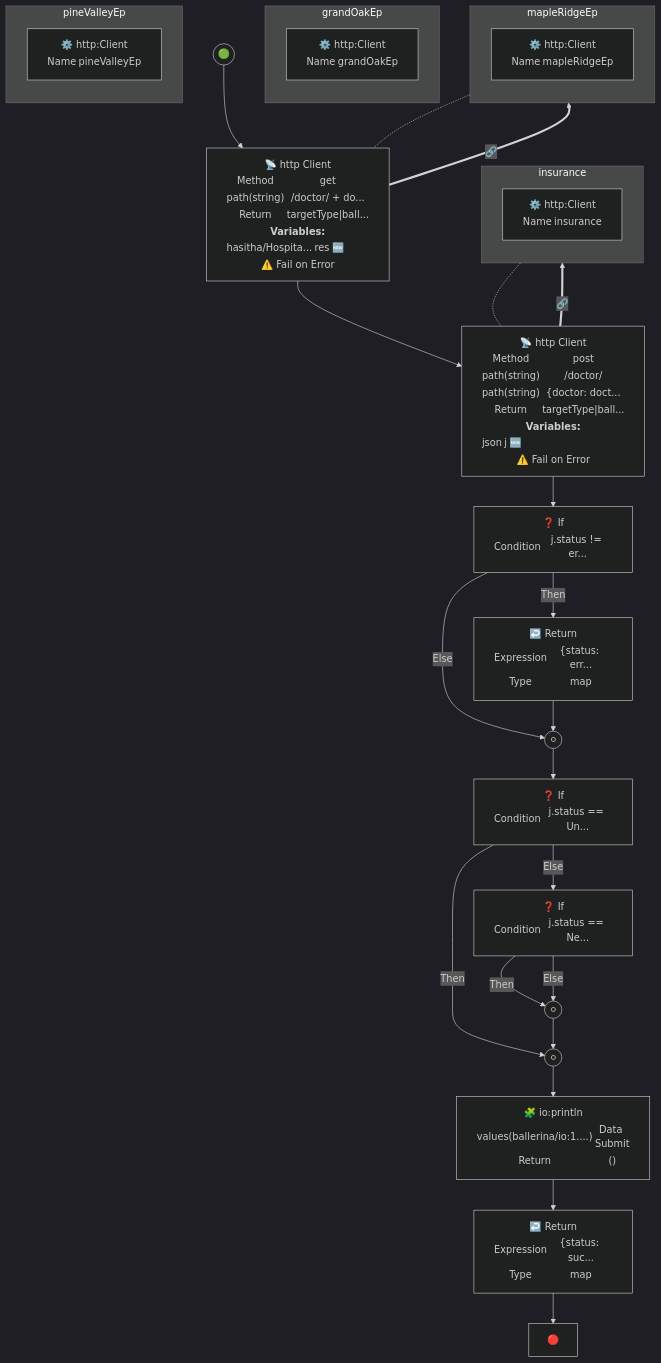
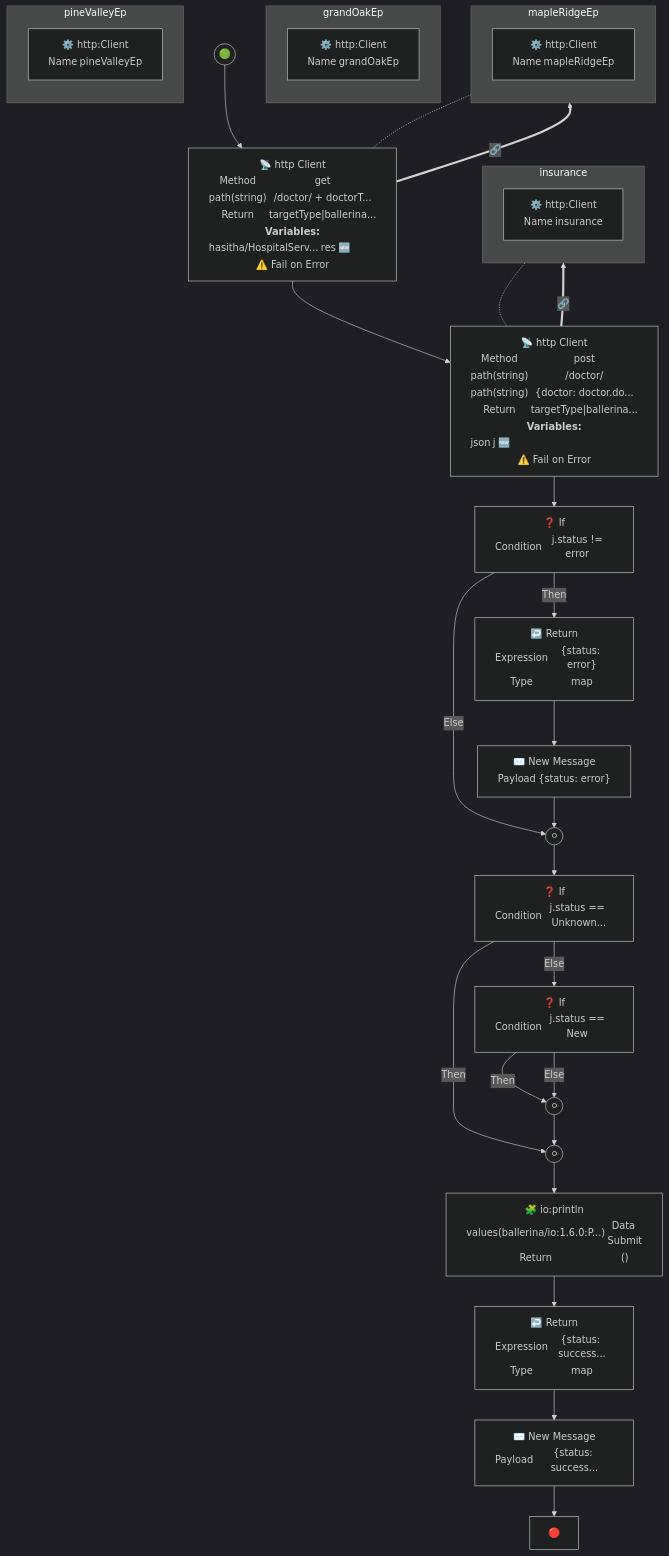
One commit to hasithaa/Diagram changed the second of 2 diagrams in Examples/HospitalService/diagrams/post .md. Above: the diagram before and after it, drawn with Mermaid (dark theme). The commit also changed other lines of this file and 3 other files, not shown here.

````diff
--- a/Examples/HospitalService/diagrams/post .md
+++ b/Examples/HospitalService/diagrams/post .md
@@ -43,68 +48,76 @@
 ```mermaid
 flowchart TB
   START0(("🟢"))
   NETWORK_CALL1["📡 http Client
-<table><tr><td>Method</td><td>get</td></tr><tr><td>path(string)</td><td>/doctor/ + do...</td></tr><tr><td>Return</td><td>targetType|ball...</td></tr></table><strong>Variables:</strong><table><tr><td>hasitha/Hospita...</td><td>res</td><td>🆕</td></tr></table><p>⚠️ Fail on Error</p>"]
+<table><tr><td>Method</td><td>get</td></tr><tr><td>path(string)</td><td>/doctor/ + doctorT...</td></tr><tr><td>Return</td><td>targetType|ballerina...</td></tr></table><strong>Variables:</strong><table><tr><td>hasitha/HospitalServ...</td><td>res</td><td>🆕</td></tr></table><p>⚠️ Fail on Error</p>"]
   NETWORK_CALL2["📡 http Client
-<table><tr><td>Method</td><td>post</td></tr><tr><td>path(string)</td><td>/doctor/</td></tr><tr><td>path(string)</td><td>{doctor: doct...</td></tr><tr><td>Return</td><td>targetType|ball...</td></tr></table><strong>Variables:</strong><table><tr><td>json</td><td>j</td><td>🆕</td></tr></table><p>⚠️ Fail on Error</p>"]
+<table><tr><td>Method</td><td>post</td></tr><tr><td>path(string)</td><td>/doctor/</td></tr><tr><td>path(string)</td><td>{doctor: doctor.do...</td></tr><tr><td>Return</td><td>targetType|ballerina...</td></tr></table><strong>Variables:</strong><table><tr><td>json</td><td>j</td><td>🆕</td></tr></table><p>⚠️ Fail on Error</p>"]
   SWITCH3["❓ If
-<table><tr><td>Condition</td><td>j.status != er...</td></tr></table>"]
+<table><tr><td>Condition</td><td>j.status != error </td></tr></table>"]
   RETURN5["↩️ Return
-<table><tr><td>Expression</td><td>{status: err...</td></tr><tr><td>Type</td><td>map<json></td></tr></table>"]
+<table><tr><td>Expression</td><td>{status: error}</td></tr><tr><td>Type</td><td>map<json></td></tr></table>"]
+  NEW_PAYLOAD6["✉️ New Message
+<table><tr><td>Payload</td><td>{status: error}</td></tr></table>"]
   SWITCH_MERGE4(("⚪"))
   RETURN5["↩️ Return
-<table><tr><td>Expression</td><td>{status: err...</td></tr><tr><td>Type</td><td>map<json></td></tr></table>"]
-  SWITCH6["❓ If
-<table><tr><td>Condition</td><td>j.status == Un...</td></tr></table>"]
-  SWITCH8["❓ If
-<table><tr><td>Condition</td><td>j.status == Ne...</td></tr></table>"]
-  SWITCH_MERGE9(("⚪"))
-  SWITCH_MERGE7(("⚪"))
-  SWITCH8["❓ If
-<table><tr><td>Condition</td><td>j.status == Ne...</td></tr></table>"]
-  SWITCH_MERGE9(("⚪"))
-  LIBRARY_CALL10["🧩 io:println
-<table><tr><td>values(ballerina/io:1....)</td><td>Data Submit</td></tr><tr><td>Return</td><td>()</td></tr></table>"]
-  RETURN11["↩️ Return
-<table><tr><td>Expression</td><td>{status: suc...</td></tr><tr><td>Type</td><td>map<json></td></tr></table>"]
-  END12["🔴"]
+<table><tr><td>Expression</td><td>{status: error}</td></tr><tr><td>Type</td><td>map<json></td></tr></table>"]
+  NEW_PAYLOAD6["✉️ New Message
+<table><tr><td>Payload</td><td>{status: error}</td></tr></table>"]
+  SWITCH7["❓ If
+<table><tr><td>Condition</td><td>j.status == Unknown...</td></tr></table>"]
+  SWITCH9["❓ If
+<table><tr><td>Condition</td><td>j.status == New </td></tr></table>"]
+  SWITCH_MERGE10(("⚪"))
+  SWITCH_MERGE8(("⚪"))
+  SWITCH9["❓ If
+<table><tr><td>Condition</td><td>j.status == New </td></tr></table>"]
+  SWITCH_MERGE10(("⚪"))
+  LIBRARY_CALL11["🧩 io:println
+<table><tr><td>values(ballerina/io:1.6.0:P...)</td><td>Data Submit</td></tr><tr><td>Return</td><td>()</td></tr></table>"]
+  RETURN12["↩️ Return
+<table><tr><td>Expression</td><td>{status: success...</td></tr><tr><td>Type</td><td>map<json></td></tr></table>"]
+  NEW_PAYLOAD13["✉️ New Message
+<table><tr><td>Payload</td><td>{status: success...</td></tr></table>"]
+  END14["🔴"]
   subgraph Connector0 ["grandOakEp"]
   direction TB
     EXTERNAL1["⚙️ http:Client
 <table><tr><td>Name</td><td>grandOakEp</td></tr></table>"]
   end
   subgraph Connector1 ["mapleRidgeEp"]
   direction TB
     EXTERNAL2["⚙️ http:Client
 <table><tr><td>Name</td><td>mapleRidgeEp</td></tr></table>"]
   end
   subgraph Connector2 ["insurance"]
   direction TB
     EXTERNAL3["⚙️ http:Client
 <table><tr><td>Name</td><td>insurance</td></tr></table>"]
   end
   subgraph Connector3 ["pineValleyEp"]
   direction TB
     EXTERNAL0["⚙️ http:Client
 <table><tr><td>Name</td><td>pineValleyEp</td></tr></table>"]
   end
   NETWORK_CALL1 ==> |🔗| EXTERNAL2
   EXTERNAL2 -.- NETWORK_CALL1
   NETWORK_CALL2 ==> |🔗| EXTERNAL3
   EXTERNAL3 -.- NETWORK_CALL2
   START0 --> NETWORK_CALL1
   NETWORK_CALL1 --> NETWORK_CALL2
   NETWORK_CALL2 --> SWITCH3
   SWITCH3 --> |Then| RETURN5
+  RETURN5 --> NEW_PAYLOAD6
   SWITCH3 --> |Else| SWITCH_MERGE4
-  RETURN5 --> SWITCH_MERGE4
-  SWITCH_MERGE4 --> SWITCH6
-  SWITCH6 --> |Then| SWITCH_MERGE7
-  SWITCH6 --> |Else| SWITCH8
-  SWITCH8 --> |Then| SWITCH_MERGE9
-  SWITCH8 --> |Else| SWITCH_MERGE9
-  SWITCH_MERGE9 --> SWITCH_MERGE7
-  SWITCH_MERGE7 --> LIBRARY_CALL10
-  LIBRARY_CALL10 --> RETURN11
-  RETURN11 --> END12
+  NEW_PAYLOAD6 --> SWITCH_MERGE4
+  SWITCH_MERGE4 --> SWITCH7
+  SWITCH7 --> |Then| SWITCH_MERGE8
+  SWITCH7 --> |Else| SWITCH9
+  SWITCH9 --> |Then| SWITCH_MERGE10
+  SWITCH9 --> |Else| SWITCH_MERGE10
+  SWITCH_MERGE10 --> SWITCH_MERGE8
+  SWITCH_MERGE8 --> LIBRARY_CALL11
+  LIBRARY_CALL11 --> RETURN12
+  RETURN12 --> NEW_PAYLOAD13
+  NEW_PAYLOAD13 --> END14
 ```
````
